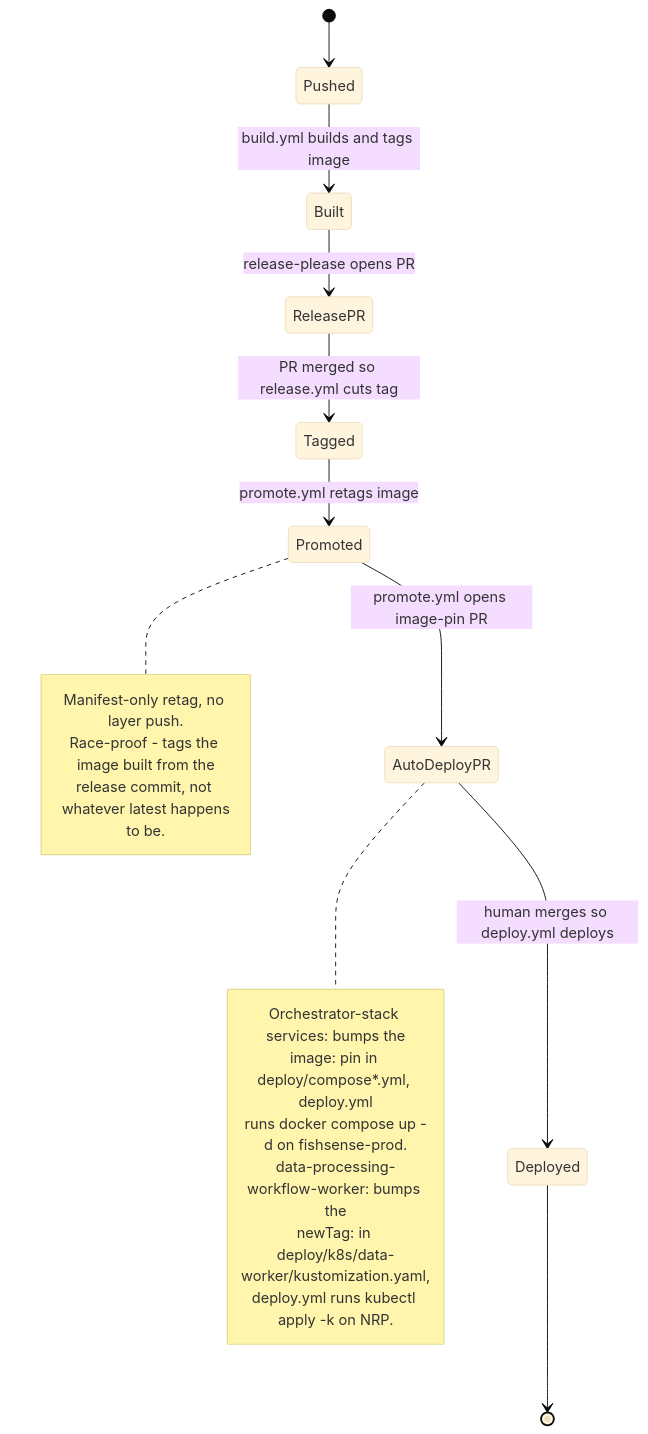
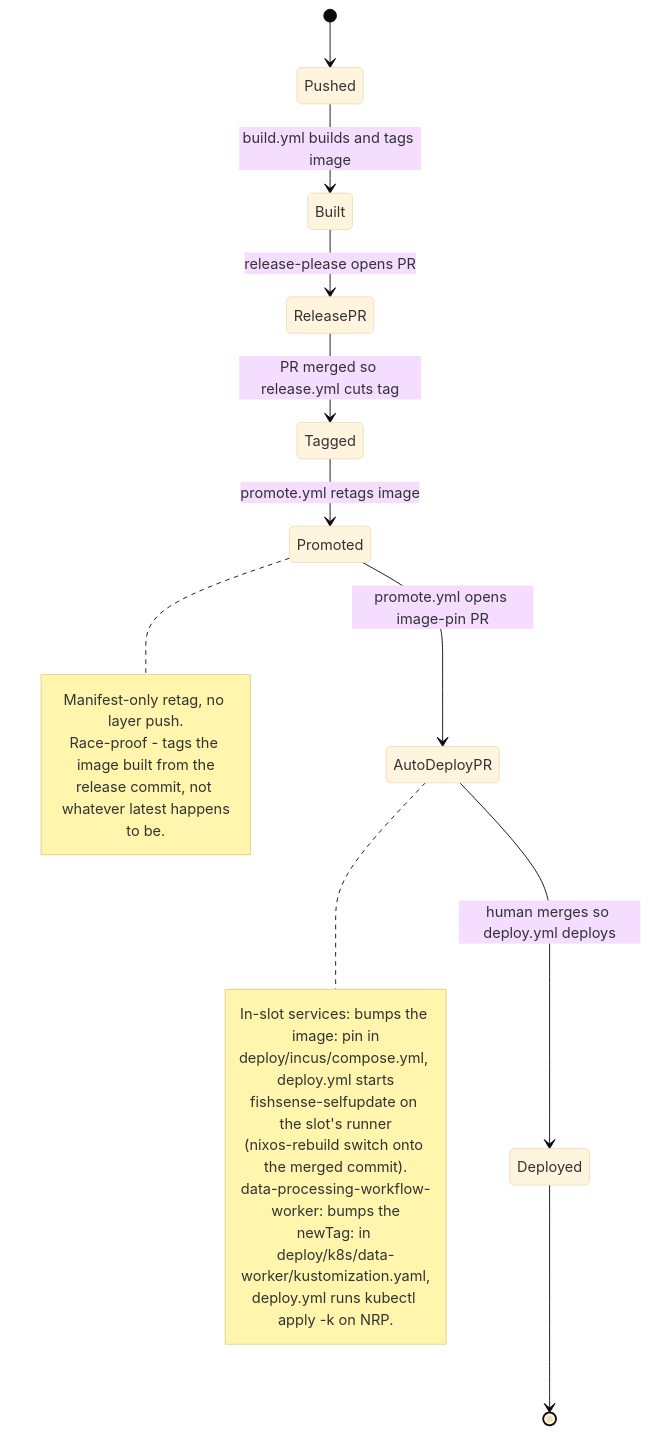
Before and after one commit to UCSD-E4E/fishsense-lite: the eighth of 8 diagrams in docs/diagrams.md, drawn with Mermaid (base theme). The commit also changed other lines of this file and 41 other files, not shown here.

````diff
--- a/docs/diagrams.md
+++ b/docs/diagrams.md
@@ -573,27 +576,28 @@
 ```mermaid
 stateDiagram-v2
     [*] --> Pushed
     Pushed --> Built : build.yml builds and tags image
     Built --> ReleasePR : release-please opens PR
     ReleasePR --> Tagged : PR merged so release.yml cuts tag
     Tagged --> Promoted : promote.yml retags image
     Promoted --> AutoDeployPR : promote.yml opens image-pin PR
     AutoDeployPR --> Deployed : human merges so deploy.yml deploys
     Deployed --> [*]
 
     note right of Promoted
         Manifest-only retag, no layer push.
         Race-proof - tags the image built from the
         release commit, not whatever latest happens
         to be.
     end note
 
     note right of AutoDeployPR
-        Orchestrator-stack services: bumps the
-        image: pin in deploy/compose*.yml, deploy.yml
-        runs docker compose up -d on fishsense-prod.
+        In-slot services: bumps the image: pin in
+        deploy/incus/compose.yml, deploy.yml starts
+        fishsense-selfupdate on the slot's runner
+        (nixos-rebuild switch onto the merged commit).
         data-processing-workflow-worker: bumps the
         newTag: in deploy/k8s/data-worker/kustomization.yaml,
         deploy.yml runs kubectl apply -k on NRP.
     end note
 ```
````
